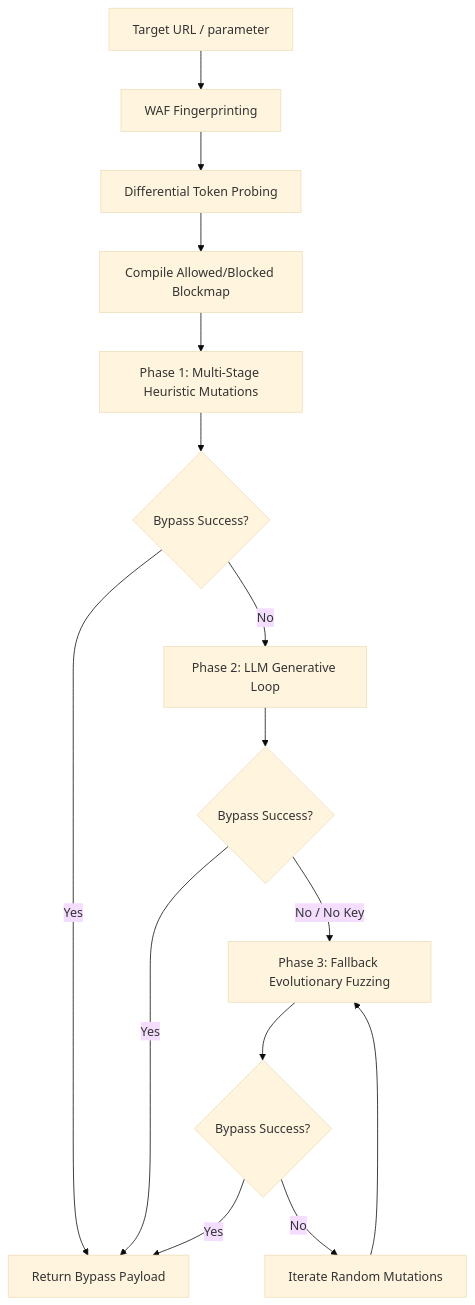
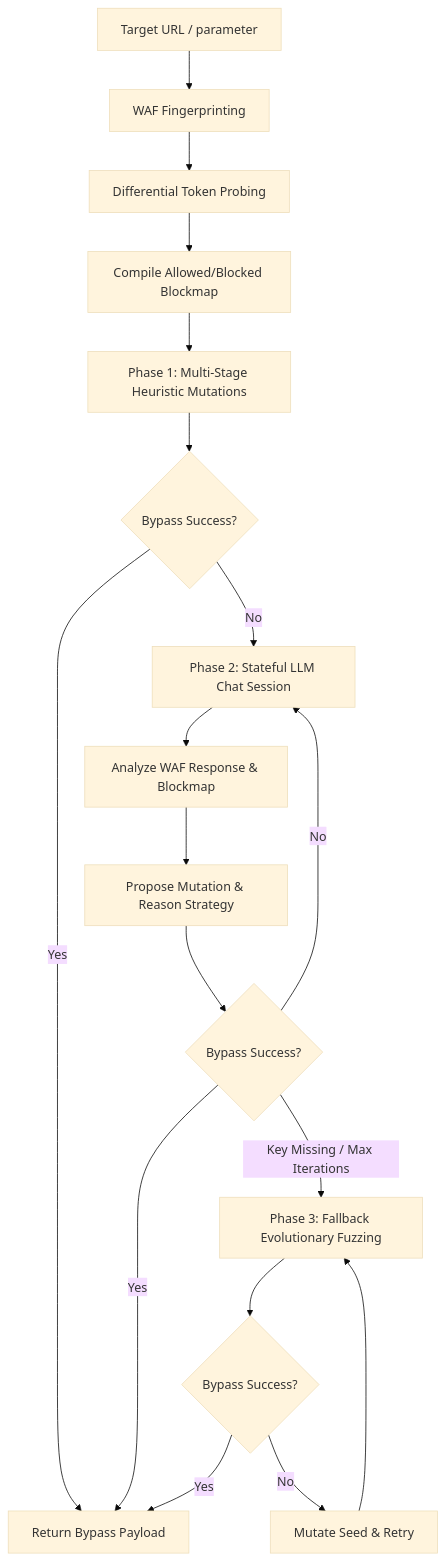
One commit to heyash13/WafGhost changed the diagram in README.md. Above: the diagram before and after it, drawn with Mermaid (base theme). The commit also changed other lines of this file, not shown here.

Commit message:
Update README.md with badges, callouts, and stateful AI documentation

````diff
--- a/README.md
+++ b/README.md
@@ -25,17 +34,20 @@
 ```mermaid
 graph TD
     A[Target URL / parameter] --> B[WAF Fingerprinting]
     B --> C[Differential Token Probing]
     C --> D[Compile Allowed/Blocked Blockmap]
     D --> E[Phase 1: Multi-Stage Heuristic Mutations]
     E --> F{Bypass Success?}
     F -- Yes --> G[Return Bypass Payload]
-    F -- No --> H[Phase 2: LLM Generative Loop]
-    H --> I{Bypass Success?}
-    I -- Yes --> G
-    I -- No / No Key --> J[Phase 3: Fallback Evolutionary Fuzzing]
+    F -- No --> H[Phase 2: Stateful LLM Chat Session]
+    H --> I[Analyze WAF Response & Blockmap]
+    I --> J[Propose Mutation & Reason Strategy]
     J --> K{Bypass Success?}
     K -- Yes --> G
-    K -- No --> L[Iterate Random Mutations]
-    L --> J
+    K -- No --> H
+    K -- Key Missing / Max Iterations --> L[Phase 3: Fallback Evolutionary Fuzzing]
+    L --> M{Bypass Success?}
+    M -- Yes --> G
+    M -- No --> N[Mutate Seed & Retry]
+    N --> L
 ```
````
